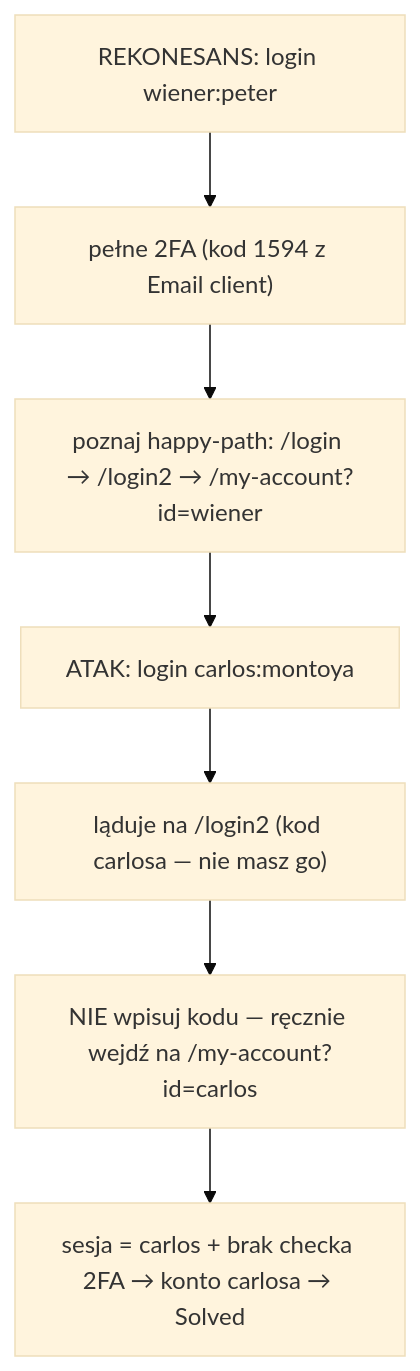
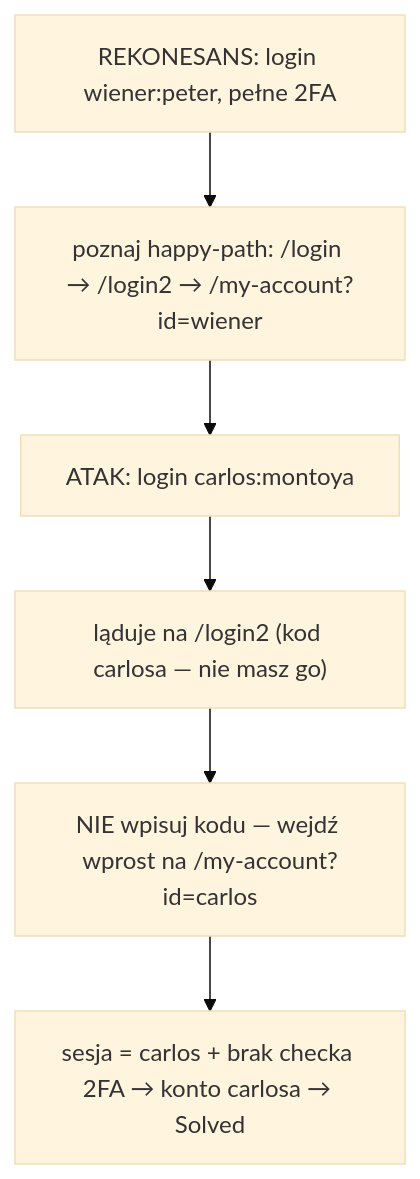
One commit to DrCondor/portswigger-labs changed the diagram in authentication/02-2fa-simple-bypass.md. Above: the diagram before and after it, drawn with Mermaid (base theme). The commit also changed other lines of this file and 26 other files, not shown here.

````diff
--- a/authentication/02-2fa-simple-bypass.md
+++ b/authentication/02-2fa-simple-bypass.md
@@ -35,9 +34,8 @@
 ```mermaid
 flowchart TD
-    A["REKONESANS: login wiener:peter"] --> B["pełne 2FA (kod 1594 z Email client)"]
-    B --> C["poznaj happy-path: /login → /login2 → /my-account?id=wiener"]
-    C --> D["ATAK: login carlos:montoya"]
-    D --> E["ląduje na /login2 (kod carlosa — nie masz go)"]
-    E --> F["NIE wpisuj kodu — ręcznie wejdź na /my-account?id=carlos"]
-    F --> G["sesja = carlos + brak checka 2FA → konto carlosa → Solved"]
+    A["REKONESANS: login wiener:peter, pełne 2FA"] --> B["poznaj happy-path: /login → /login2 → /my-account?id=wiener"]
+    B --> C["ATAK: login carlos:montoya"]
+    C --> D["ląduje na /login2 (kod carlosa — nie masz go)"]
+    D --> E["NIE wpisuj kodu — wejdź wprost na /my-account?id=carlos"]
+    E --> F["sesja = carlos + brak checka 2FA → konto carlosa → Solved"]
 ```
````
